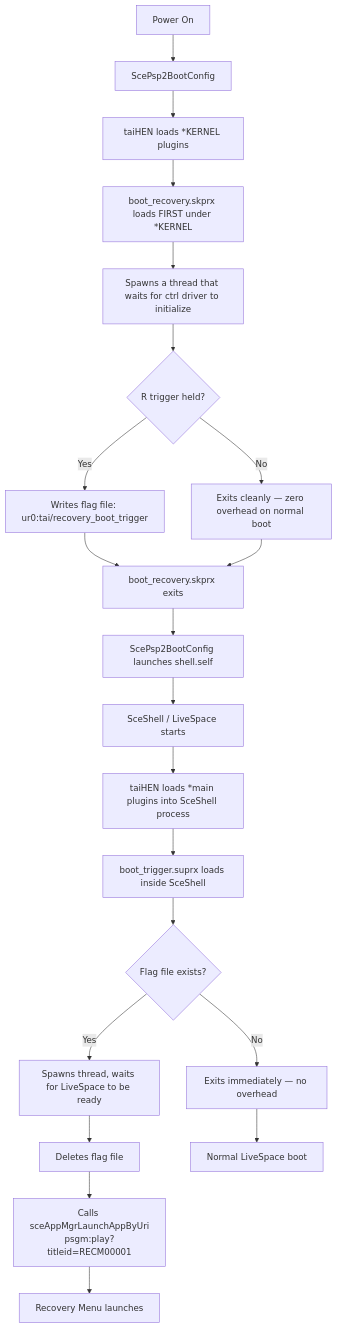
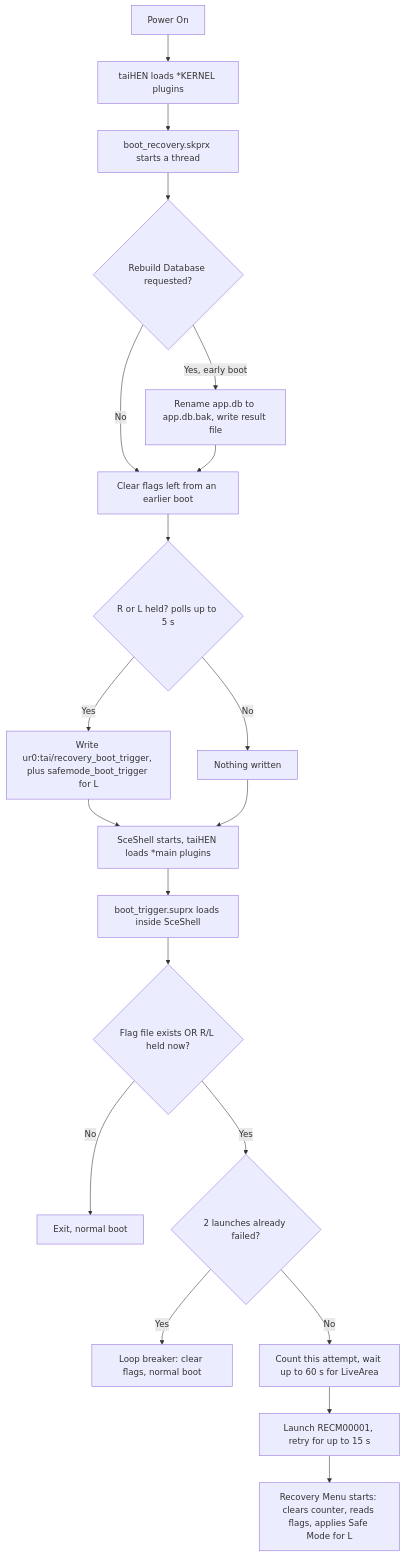
The diagram in README.md (DrinkingSubset/PS-Vita-Recovery-Menu-Project), drawn with Mermaid before and after one commit. The commit also changed other lines of this file and 13 other files, not shown here.

First line of the commit message:
v1.1.7: safety release (boot plugin limits + loop breaker, installer update, safe Restore/Unbrick, honest Restore System)

````diff
--- a/README.md
+++ b/README.md
@@ -188,23 +207,22 @@
 ```mermaid
 flowchart TD
-    A[Power On] --> B[ScePsp2BootConfig]
-    B --> C[taiHEN loads *KERNEL plugins]
-    C --> D[boot_recovery.skprx loads FIRST under *KERNEL]
-    D --> E[Spawns a thread that waits for ctrl driver to initialize]
-    E --> F{R trigger held?}
-    F -->|Yes| G[Writes flag file: ur0:tai/recovery_boot_trigger]
-    F -->|No| H[Exits cleanly — zero overhead on normal boot]
-    G --> I[boot_recovery.skprx exits]
-    H --> I
-    I --> J[ScePsp2BootConfig launches shell.self]
-    J --> K[SceShell / LiveSpace starts]
-    K --> L[taiHEN loads *main plugins into SceShell process]
-    L --> M[boot_trigger.suprx loads inside SceShell]
-    M --> N{Flag file exists?}
-    N -->|No| O[Exits immediately — no overhead]
-    N -->|Yes| P[Spawns thread, waits for LiveSpace to be ready]
-    P --> Q[Deletes flag file]
-    Q --> R[Calls sceAppMgrLaunchAppByUri\npsgm:play?titleid=RECM00001]
-    R --> S[Recovery Menu launches]
-    O --> T[Normal LiveSpace boot]
+    A[Power On] --> B[taiHEN loads *KERNEL plugins]
+    B --> C[boot_recovery.skprx starts a thread]
+    C --> D{Rebuild Database requested?}
+    D -->|Yes, early boot| E[Rename app.db to app.db.bak, write result file]
+    D -->|No| F[Clear flags left from an earlier boot]
+    E --> F
+    F --> G{R or L held? polls up to 5 s}
+    G -->|Yes| H[Write ur0:tai/recovery_boot_trigger, plus safemode_boot_trigger for L]
+    G -->|No| I[Nothing written]
+    H --> J[SceShell starts, taiHEN loads *main plugins]
+    I --> J
+    J --> K[boot_trigger.suprx loads inside SceShell]
+    K --> L{Flag file exists OR R/L held now?}
+    L -->|No| M[Exit, normal boot]
+    L -->|Yes| N{2 launches already failed?}
+    N -->|Yes| O[Loop breaker: clear flags, normal boot]
+    N -->|No| P[Count this attempt, wait up to 60 s for LiveArea]
+    P --> Q[Launch RECM00001, retry for up to 15 s]
+    Q --> R[Recovery Menu starts: clears counter, reads flags, applies Safe Mode for L]
 ```
````
